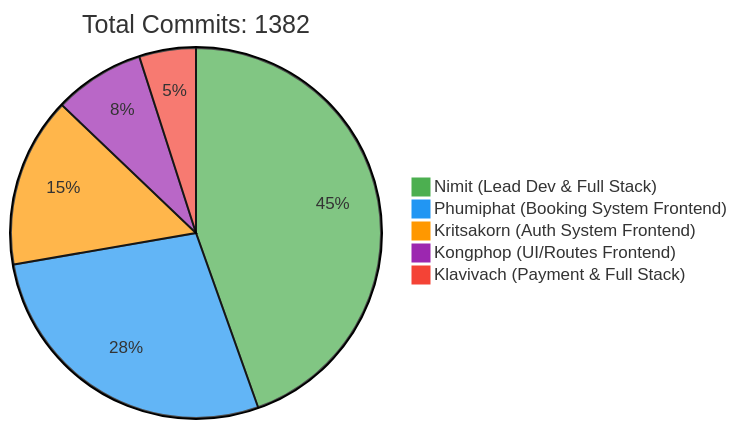
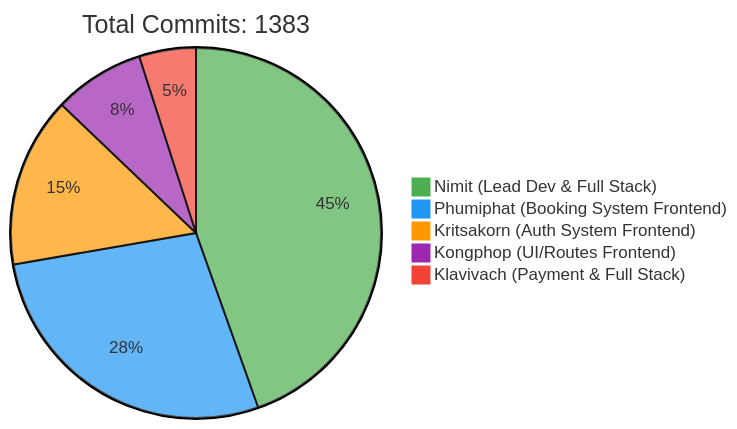
The first of 2 diagrams in README.md (6531503042/Sport-Complex), drawn with Mermaid before and after one commit. The commit also changed other lines of this file, not shown here.

Commit message:
docs: Update contributor statistics [skip ci]

````diff
--- a/README.md
+++ b/README.md
@@ -257,10 +257,10 @@
 ```mermaid
 %%{init: {'theme': 'base', 'themeVariables': { 'pie1': '#4CAF50', 'pie2': '#2196F3', 'pie3': '#FF9800', 'pie4': '#9C27B0', 'pie5': '#F44336'}}}%%
 pie
-    title Total Commits: 1382
+    title Total Commits: 1383
     "Nimit (Lead Dev & Full Stack)" : 450
     "Phumiphat (Booking System Frontend)" : 280
     "Kritsakorn (Auth System Frontend)" : 150
     "Kongphop (UI/Routes Frontend)" : 80
     "Klavivach (Payment & Full Stack)" : 50
 ```
````
